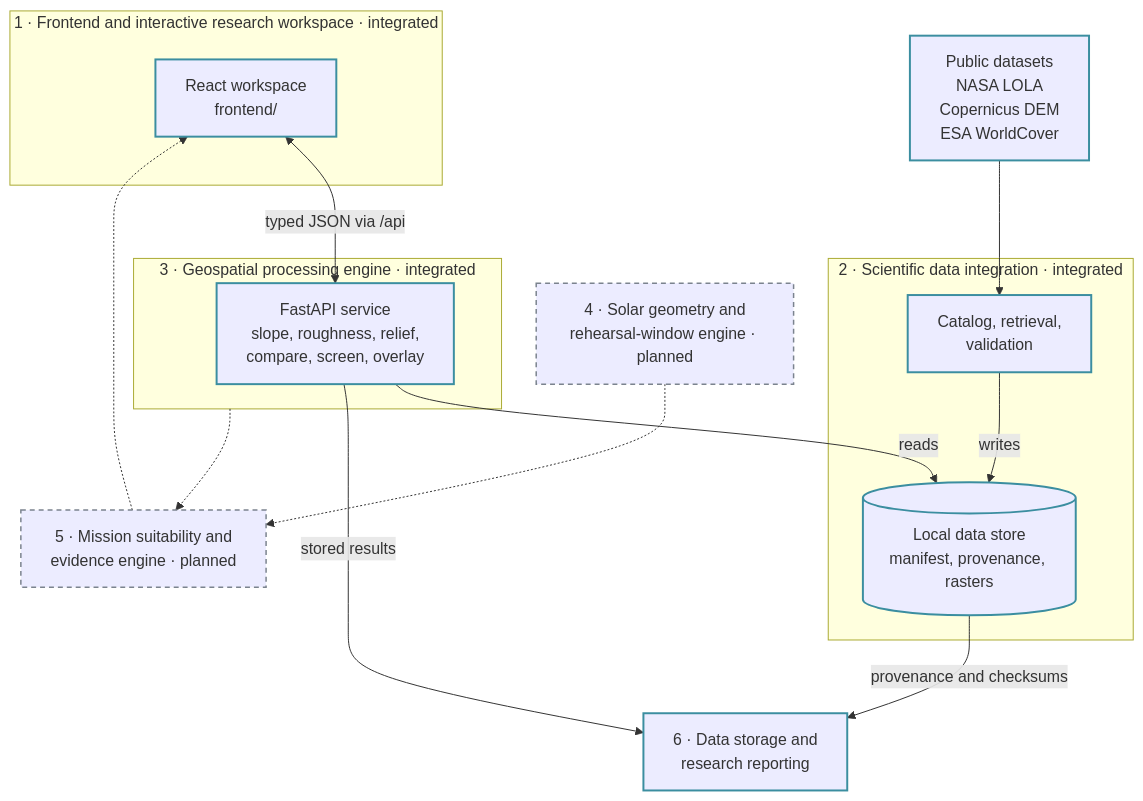
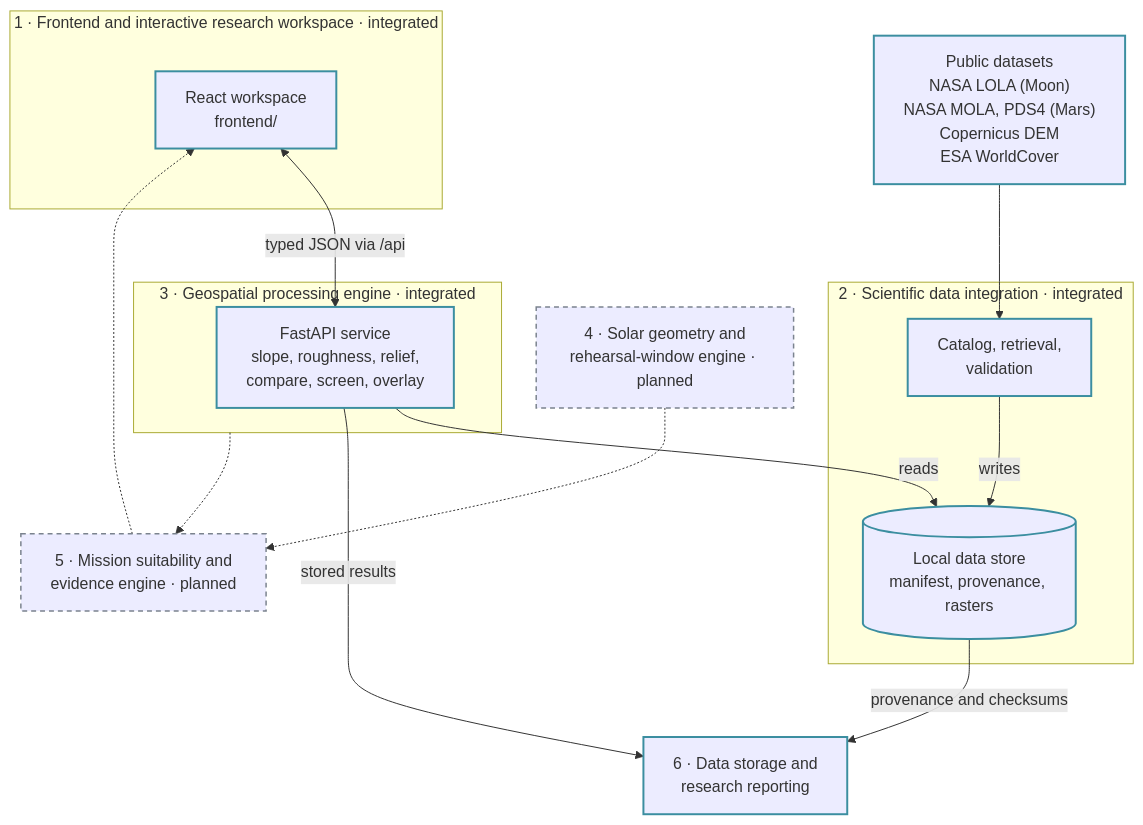
The diagram in README.md (sinagdevv/Supernobai-NASA), drawn with Mermaid before and after one commit. The commit also changed other lines of this file and 38 other files, not shown here.

````diff
--- a/README.md
+++ b/README.md
@@ -61,32 +77,32 @@
 ```mermaid
 flowchart TB
     subgraph L1["1 · Frontend and interactive research workspace · integrated"]
         UI["React workspace<br/>frontend/"]
     end
     subgraph L3["3 · Geospatial processing engine · integrated"]
         API["FastAPI service<br/>slope, roughness, relief,<br/>compare, screen, overlay"]
     end
     subgraph L2["2 · Scientific data integration · integrated"]
         STORE[("Local data store<br/>manifest, provenance, rasters")]
         FETCH["Catalog, retrieval,<br/>validation"]
     end
-    SRC["Public datasets<br/>NASA LOLA<br/>Copernicus DEM<br/>ESA WorldCover"]
+    SRC["Public datasets<br/>NASA LOLA (Moon)<br/>NASA MOLA, PDS4 (Mars)<br/>Copernicus DEM<br/>ESA WorldCover"]
     L4["4 · Solar geometry and<br/>rehearsal-window engine · planned"]
     L5["5 · Mission suitability and<br/>evidence engine · planned"]
     L6["6 · Data storage and<br/>research reporting"]
 
     UI <-->|"typed JSON via /api"| API
     API -->|reads| STORE
     FETCH -->|writes| STORE
     SRC --> FETCH
     STORE -->|provenance and checksums| L6
     API -->|stored results| L6
     L4 -.-> L5
     L3 -.-> L5
     L5 -.-> UI
 
     classDef done stroke:#3b8ea0,stroke-width:2px
     classDef planned stroke:#7b838e,stroke-width:1.5px,stroke-dasharray:5 4
     class UI,API,STORE,FETCH,SRC,L6 done
     class L4,L5 planned
 ```
````
